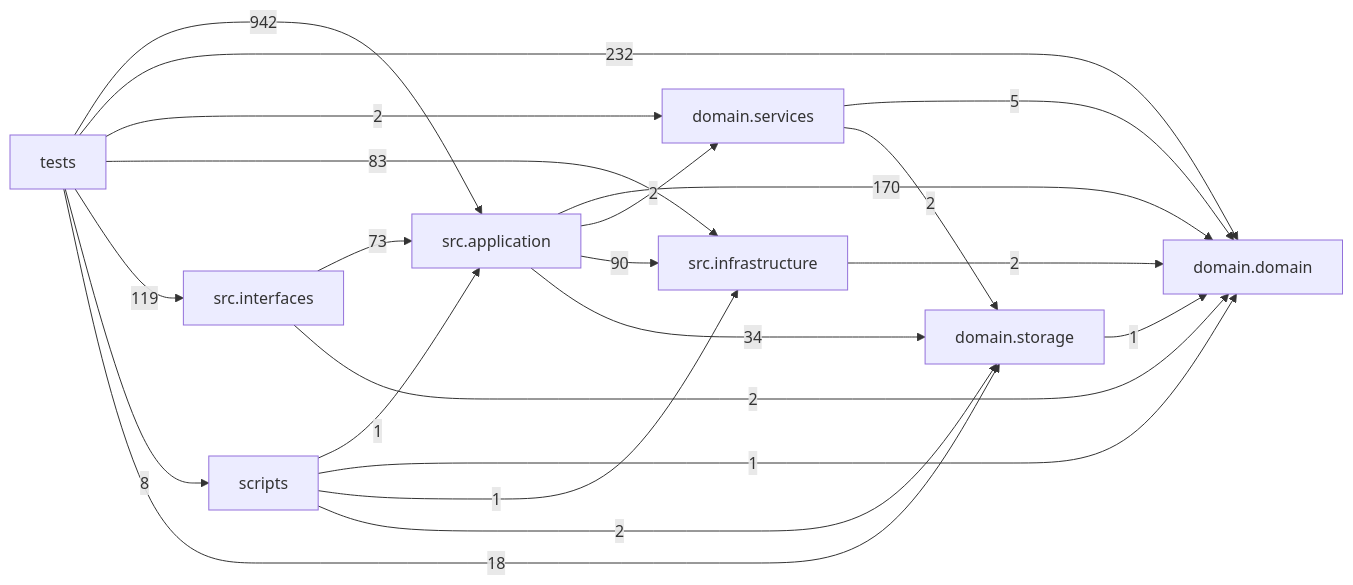
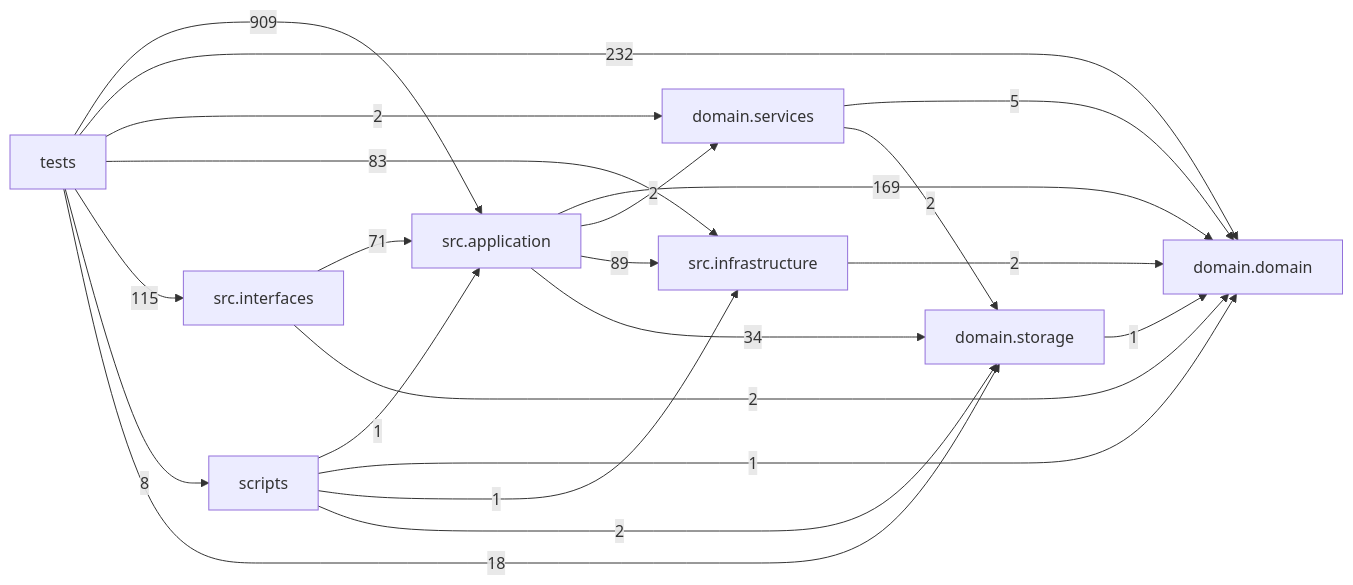
The diagram in docs/DEPENDENCY_GRAPH.md (liuxie066/options-monitor), drawn with Mermaid before and after one commit. The commit also changed other lines of this file and 34 other files, not shown here.

````diff
--- a/docs/DEPENDENCY_GRAPH.md
+++ b/docs/DEPENDENCY_GRAPH.md
@@ -24,32 +24,32 @@
 ```mermaid
 flowchart LR
   tests["tests"]
   scripts["scripts"]
   interfaces["src.interfaces"]
   application["src.application"]
   infrastructure["src.infrastructure"]
   domain_services["domain.services"]
   domain["domain.domain"]
   storage["domain.storage"]
-  application -->|170| domain
+  application -->|169| domain
   application -->|2| domain_services
-  application -->|90| infrastructure
+  application -->|89| infrastructure
   application -->|34| storage
   domain_services -->|5| domain
   domain_services -->|2| storage
   infrastructure -->|2| domain
-  interfaces -->|73| application
+  interfaces -->|71| application
   interfaces -->|2| domain
   scripts -->|1| application
   scripts -->|1| domain
   scripts -->|1| infrastructure
   scripts -->|2| storage
   storage -->|1| domain
-  tests -->|942| application
+  tests -->|909| application
   tests -->|232| domain
   tests -->|2| domain_services
   tests -->|83| infrastructure
-  tests -->|119| interfaces
+  tests -->|115| interfaces
   tests -->|8| scripts
   tests -->|18| storage
 ```
````
